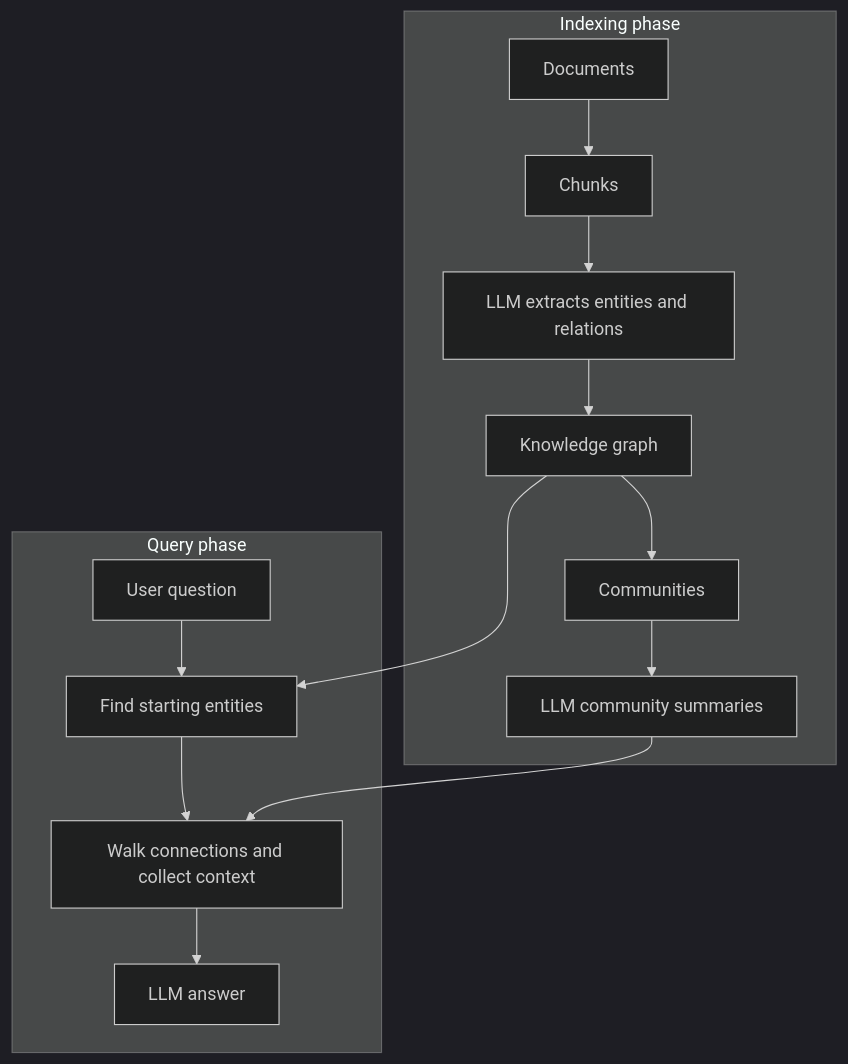
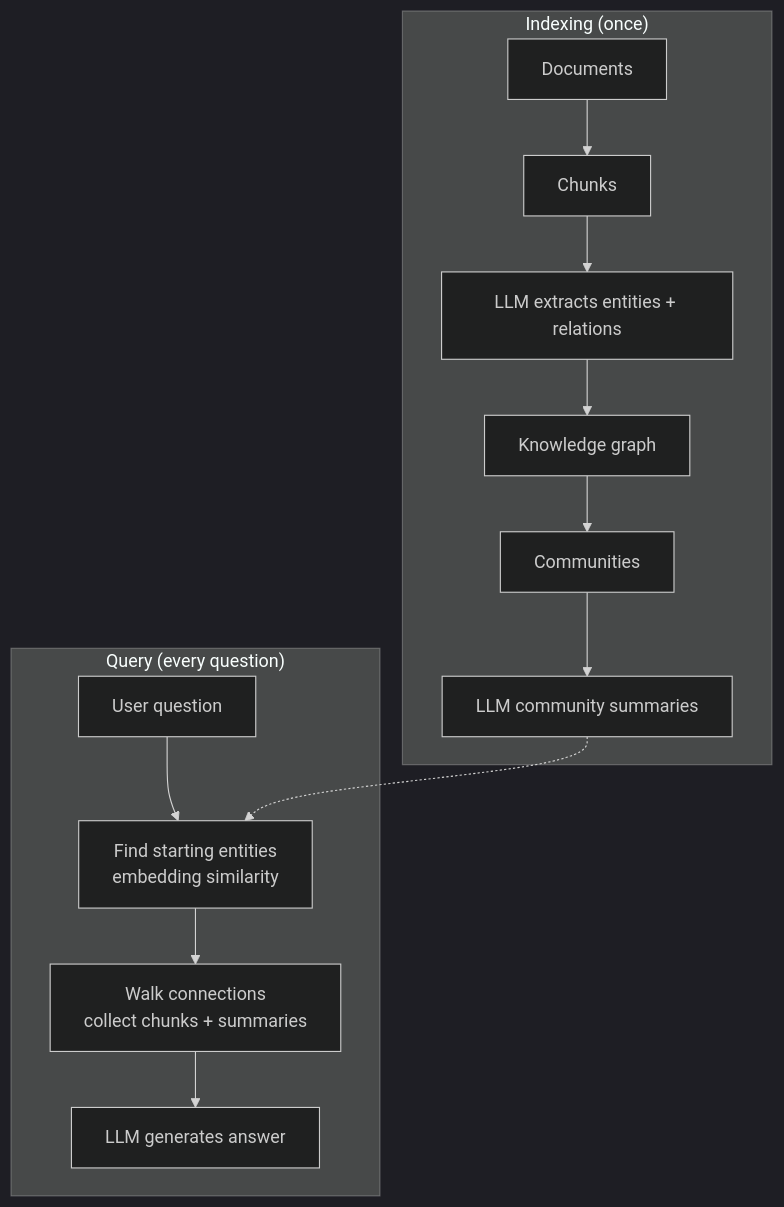
Before and after one commit to kaisarnajar/outcome-school-blogs: the diagram in notes/step-09-vector-search-and-retrieval-augmented-generation-rag/117-graphrag.md, drawn with Mermaid (dark theme). The commit also changed other lines of this file and 233 other files, not shown here.

````diff
--- a/notes/step-09-vector-search-and-retrieval-augmented-generation-rag/117-graphrag.md
+++ b/notes/step-09-vector-search-and-retrieval-augmented-generation-rag/117-graphrag.md
@@ -50,17 +38,16 @@
 ```mermaid
 flowchart TD
-    subgraph IDX["Indexing phase"]
-        D["Documents"] --> C["Chunks"]
-        C --> X["LLM extracts entities and relations"]
-        X --> K["Knowledge graph"]
-        K --> M["Communities"]
-        M --> S["LLM community summaries"]
-    end
-    subgraph QRY["Query phase"]
-        Q["User question"] --> E["Find starting entities"]
-        E --> W["Walk connections and collect context"]
-        W --> L["LLM answer"]
-    end
-    K --> E
-    S --> W
+subgraph I1["Indexing (once)"]
+D1["Documents"] --> C1["Chunks"]
+C1 --> X1["LLM extracts entities + relations"]
+X1 --> G1["Knowledge graph"]
+G1 --> CM1["Communities"]
+CM1 --> S1["LLM community summaries"]
+end
+subgraph Q1["Query (every question)"]
+U1["User question"] --> E1["Find starting entities<br/>embedding similarity"]
+E1 --> W1["Walk connections<br/>collect chunks + summaries"]
+W1 --> L1["LLM generates answer"]
+end
+S1 -.-> E1
 ```
````
